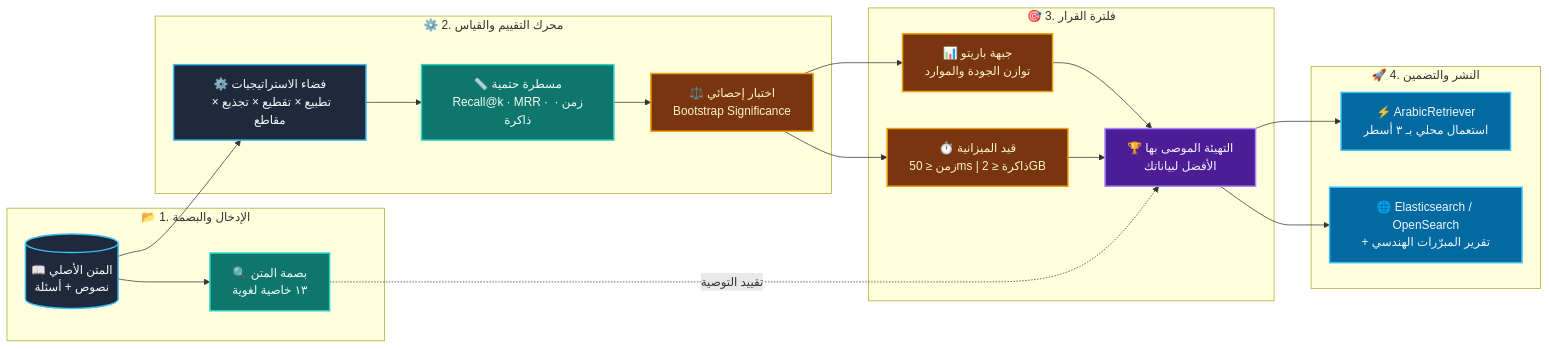
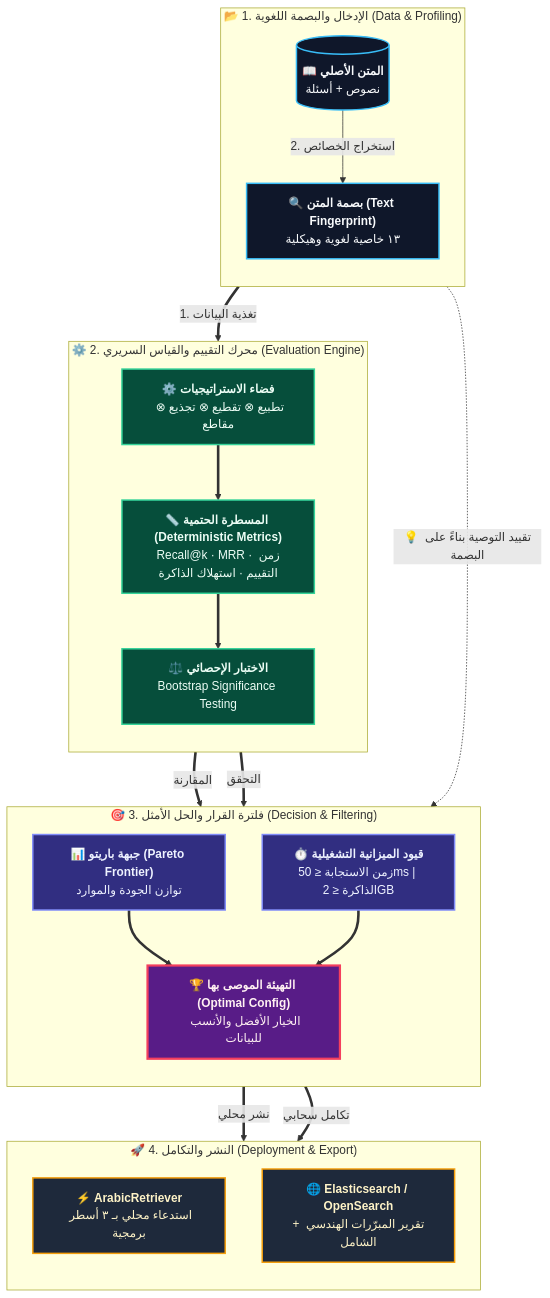
Before and after one commit to gomoodh-droid/arabic-retrieval: the diagram in README.md, drawn with Mermaid. The commit also changed other lines of this file and 1 other file, not shown here.

Commit message:
style: apply user-provided high-contrast rich Mermaid architecture diagram

````diff
--- a/README.md
+++ b/README.md
@@ -54,48 +54,62 @@
 ```mermaid
-flowchart LR
-    subgraph INPUT [" 📂 1. الإدخال والبصمة "]
-        A[("📖 المتن الأصلي<br/>نصوص + أسئلة")]
-        F["🔍 بصمة المتن<br/>١٣ خاصية لغوية"]
+flowchart TD
+    %% --- STEP 1: INPUT ---
+    subgraph INPUT [" 📂 1. الإدخال والبصمة اللغوية (Data & Profiling) "]
+        direction TB
+        A[("📖 <b>المتن الأصلي</b><br/>نصوص + أسئلة")]
+        F["🔍 <b>بصمة المتن (Text Fingerprint)</b><br/>١٣ خاصية لغوية وهيكلية"]
     end
 
-    subgraph ENGINE [" ⚙️ 2. محرك التقييم والقياس "]
-        S["⚙️ فضاء الاستراتيجيات<br/>تطبيع × تقطيع × تجذيع × مقاطع"]
-        M["📏 مسطرة حتمية<br/>Recall@k · MRR · زمن · ذاكرة"]
-        T["⚖️ اختبار إحصائي<br/>Bootstrap Significance"]
+    %% --- STEP 2: ENGINE ---
+    subgraph ENGINE [" ⚙️ 2. محرك التقييم والقياس السريري (Evaluation Engine) "]
+        direction TB
+        S["⚙️ <b>فضاء الاستراتيجيات</b><br/>تطبيع ⊗ تقطيع ⊗ تجذيع ⊗ مقاطع"]
+        M["📏 <b>المسطرة الحتمية (Deterministic Metrics)</b><br/>Recall@k · MRR · زمن التقييم · استهلاك الذاكرة"]
+        T["⚖️ <b>الاختبار الإحصائي</b><br/>Bootstrap Significance Testing"]
     end
 
-    subgraph DECISION [" 🎯 3. فلترة القرار "]
-        P["📊 جبهة باريتو<br/>توازن الجودة والموارد"]
-        B["⏱️ قيد الميزانية<br/>زمن ≤ 50ms | ذاكرة ≤ 2GB"]
-        W["🏆 التهيئة الموصى بها<br/>الأفضل لبياناتك"]
+    %% --- STEP 3: DECISION ---
+    subgraph DECISION [" 🎯 3. فلترة القرار والحل الأمثل (Decision & Filtering) "]
+        direction TB
+        P["📊 <b>جبهة باريتو (Pareto Frontier)</b><br/>توازن الجودة والموارد"]
+        B["⏱️ <b>قيود الميزانية التشغيلية</b><br/>زمن الاستجابة ≤ 50ms | الذاكرة ≤ 2GB"]
+        W["🏆 <b>التهيئة الموصى بها (Optimal Config)</b><br/>الخيار الأفضل والأنسب للبيانات"]
     end
 
-    subgraph EXPORT [" 🚀 4. النشر والتضمين "]
-        L["⚡ ArabicRetriever<br/>استعمال محلي بـ ٣ أسطر"]
-        E["🌐 Elasticsearch / OpenSearch<br/>+ تقرير المبرّرات الهندسي"]
+    %% --- STEP 4: EXPORT ---
+    subgraph EXPORT [" 🚀 4. النشر والتكامل (Deployment & Export) "]
+        direction TB
+        L["⚡ <b>ArabicRetriever</b><br/>استدعاء محلي بـ ٣ أسطر برمجية"]
+        E["🌐 <b>Elasticsearch / OpenSearch</b><br/>+ تقرير المبرّرات الهندسي الشامل"]
     end
 
-    A --> F
-    A --> S
-    S --> M
-    M --> T
-    T --> P
-    T --> B
-    P --> W
-    B --> W
-    F -.->|"تقييد التوصية"| W
-    W --> L
-    W --> E
+    %% --- RELATIONS ---
+    A ==>|"1. تغذية البيانات"| S
+    A -->|"2. استخراج الخصائص"| F
+    
+    S ==> M
+    M ==> T
+    
+    T ==>|"المقارنة"| P
+    T ==>|"التحقق"| B
+    
+    P ==> W
+    B ==> W
+    F -.->|"💡 تقييد التوصية بناءً على البصمة"| W
+    
+    W ==>|"نشر محلي"| L
+    W ==>|"تكامل سحابي"| E
 
-    classDef primary fill:#1E293B,stroke:#38BDF8,stroke-width:2px,color:#F8FAFC;
-    classDef metric fill:#0F766E,stroke:#2DD4BF,stroke-width:2px,color:#F0FDF4;
-    classDef stat fill:#78350F,stroke:#F59E0B,stroke-width:2px,color:#FEF3C7;
-    classDef winner fill:#4C1D95,stroke:#A78BFA,stroke-width:2px,color:#F5F3FF;
-    classDef target fill:#0369A1,stroke:#38BDF8,stroke-width:2px,color:#F0F9FF;
+    %% --- STYLING (Modern Tech Palette) ---
+    classDef inputStyle fill:#0F172A,stroke:#38BDF8,stroke-width:2px,color:#F8FAFC;
+    classDef engineStyle fill:#064E3B,stroke:#34D399,stroke-width:2px,color:#ECFDF5;
+    classDef decisionStyle fill:#312E81,stroke:#818CF8,stroke-width:2px,color:#EEF2FF;
+    classDef winnerStyle fill:#581C87,stroke:#F43F5E,stroke-width:3px,color:#FFF1F2;
+    classDef exportStyle fill:#1E293B,stroke:#F59E0B,stroke-width:2px,color:#FEF3C7;
 
-    class A,S primary;
-    class F,M metric;
-    class T,P,B stat;
-    class W winner;
-    class L,E target;
+    class A,F inputStyle;
+    class S,M,T engineStyle;
+    class P,B decisionStyle;
+    class W winnerStyle;
+    class L,E exportStyle;
 ```
````
